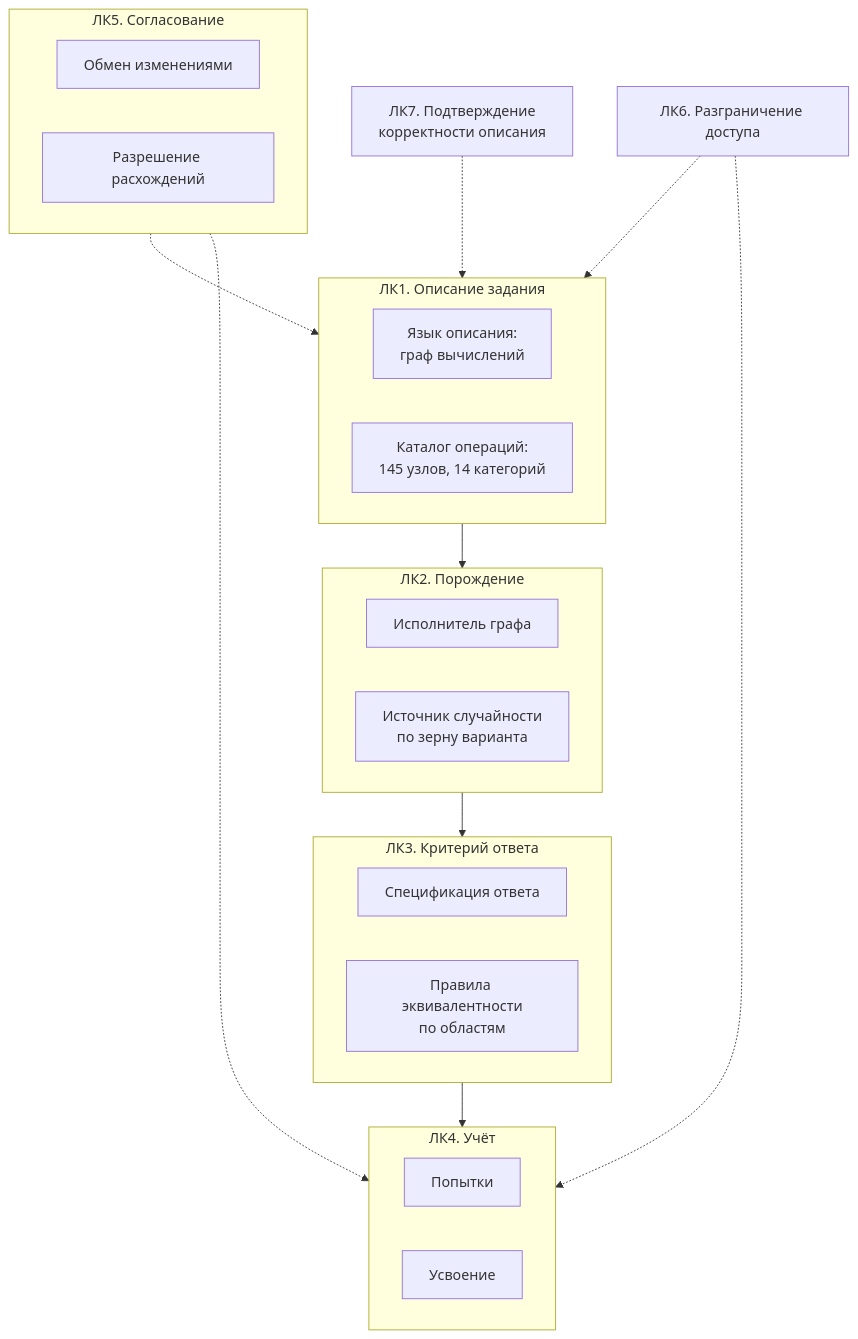
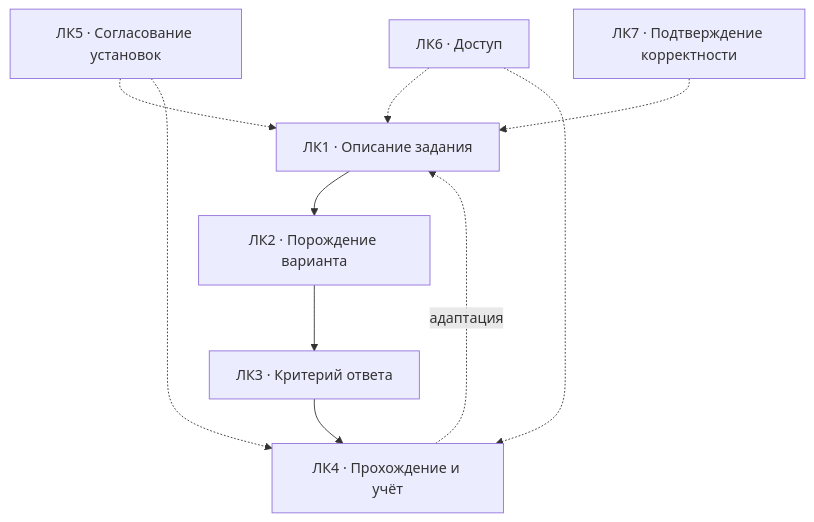
One commit to ventanolemon/GenerationWeb changed the third of 4 diagrams in docs/thesis/05-chapter-arcadia.md. Above: the diagram before and after it, drawn with Mermaid. The commit also changed other lines of this file and 20 other files, not shown here.

````diff
--- a/docs/thesis/05-chapter-arcadia.md
+++ b/docs/thesis/05-chapter-arcadia.md
@@ -260,32 +264,18 @@
 ```mermaid
 flowchart TB
-    subgraph LC1 [ЛК1. Описание задания]
-        A1["Язык описания:<br/>граф вычислений"]
-        A2["Каталог операций:<br/>145 узлов, 14 категорий"]
-    end
-    subgraph LC2 [ЛК2. Порождение]
-        B1["Исполнитель графа"]
-        B2["Источник случайности<br/>по зерну варианта"]
-    end
-    subgraph LC3 [ЛК3. Критерий ответа]
-        C1["Спецификация ответа"]
-        C2["Правила эквивалентности<br/>по областям"]
-    end
-    subgraph LC4 [ЛК4. Учёт]
-        D1["Попытки"]
-        D2["Усвоение"]
-    end
-    subgraph LC5 [ЛК5. Согласование]
-        E1["Обмен изменениями"]
-        E2["Разрешение расхождений"]
-    end
-    LC6["ЛК6. Разграничение доступа"]
-    LC7["ЛК7. Подтверждение<br/>корректности описания"]
+    LC1["ЛК1 · Описание задания"]
+    LC2["ЛК2 · Порождение варианта"]
+    LC3["ЛК3 · Критерий ответа"]
+    LC4["ЛК4 · Прохождение и учёт"]
+    LC5["ЛК5 · Согласование установок"]
+    LC6["ЛК6 · Доступ"]
+    LC7["ЛК7 · Подтверждение корректности"]
 
     LC1 --> LC2 --> LC3 --> LC4
+    LC4 -.->|"адаптация"| LC1
     LC5 -.-> LC1
     LC5 -.-> LC4
     LC6 -.-> LC1
     LC6 -.-> LC4
     LC7 -.-> LC1
 ```
````
